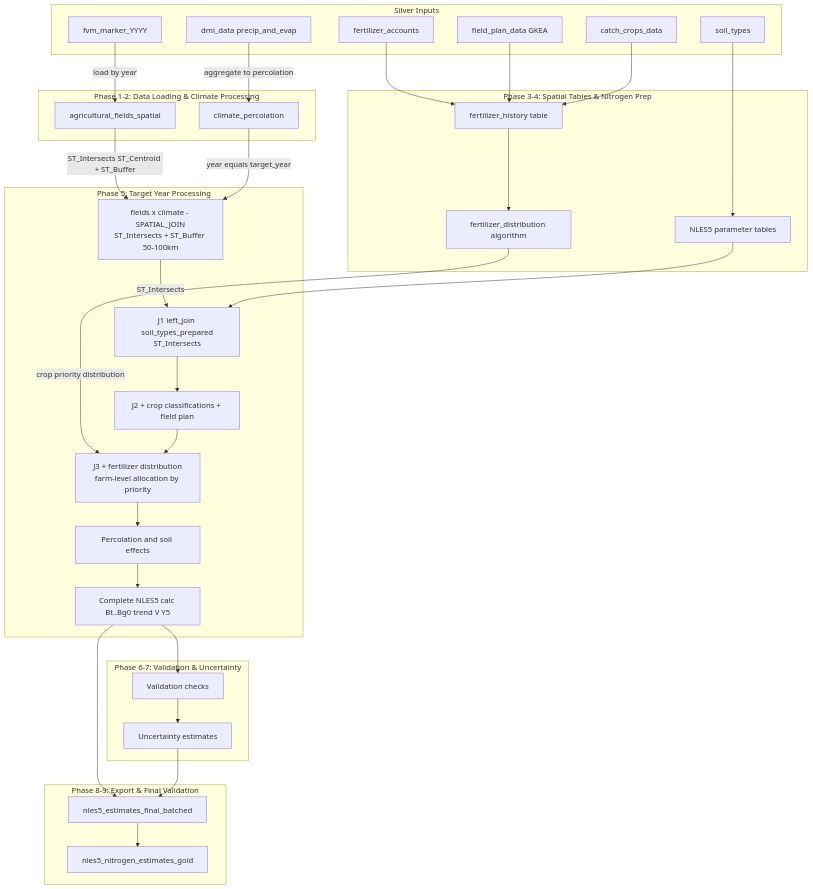
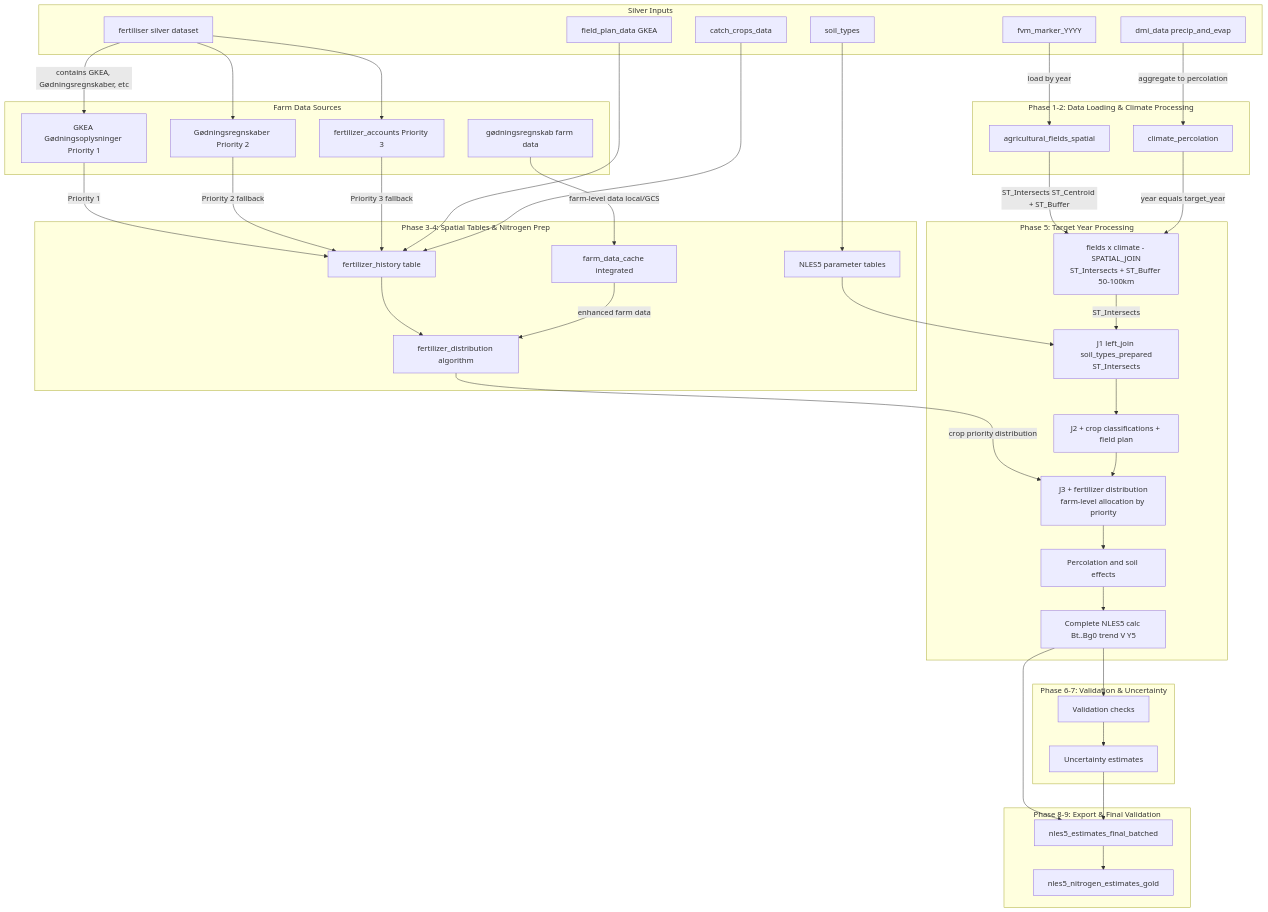
One commit to Klimabevaegelsen/landbruget.dk changed the diagram in backend/pipelines/unified_pipeline/src/unified_pipeline/gold/nles5_nitrogen_estimation/NLES5_Pipeline_Data_Flow.md. Above: the diagram before and after it, drawn with Mermaid. The commit also changed other lines of this file, not shown here.

Commit message:
Update flowchart to reflect gødningsregnskab

```diff
--- a/backend/pipelines/unified_pipeline/src/unified_pipeline/gold/nles5_nitrogen_estimation/NLES5_Pipeline_Data_Flow.md
+++ b/backend/pipelines/unified_pipeline/src/unified_pipeline/gold/nles5_nitrogen_estimation/NLES5_Pipeline_Data_Flow.md
@@ -7,10 +7,17 @@
   subgraph Silver Inputs
     soil[soil_types]
     dmi_raw[dmi_data precip_and_evap]
-    fert[fertilizer_accounts]
+    fertiliser[fertiliser silver dataset]
     gkea[field_plan_data GKEA]
     efter[catch_crops_data]
     fvm[fvm_marker_YYYY]
+  end
+  
+  subgraph Farm Data Sources
+    gr[gødningsregnskab farm data]
+    gkea_prio[GKEA Gødningsoplysninger Priority 1]
+    goereg_prio[Gødningsregnskaber Priority 2]
+    fert_prio[fertilizer_accounts Priority 3]
   end
 
   subgraph "Phase 1-2: Data Loading & Climate Processing"
@@ -22,6 +29,7 @@
     P1[NLES5 parameter tables]
     N1[fertilizer_history table]
     F1[fertilizer_distribution algorithm]
+    FD1[farm_data_cache integrated]
   end
 
   subgraph "Phase 5: Target Year Processing"
@@ -47,12 +55,23 @@
   fvm -->|load by year| A1
   dmi_raw -->|aggregate to percolation| C1
   soil --> P1
-  fert --> N1
+  
+  %% Farm Data Sources Priority
+  fertiliser -->|contains GKEA, Gødningsregnskaber, etc| gkea_prio
+  fertiliser --> goereg_prio
+  fertiliser --> fert_prio
+  gr -->|farm-level data local/GCS| FD1
+  
+  %% Fertilizer Data Flow (Priority Order)
+  gkea_prio -->|Priority 1| N1
+  goereg_prio -->|Priority 2 fallback| N1
+  fert_prio -->|Priority 3 fallback| N1
   gkea --> N1
   efter --> N1
 
   %% Phase 3-4: Preparation
   N1 --> F1
+  FD1 -->|enhanced farm data| F1
   F1 -->|crop priority distribution| J4
 
   %% Phase 5: Core Processing
```
